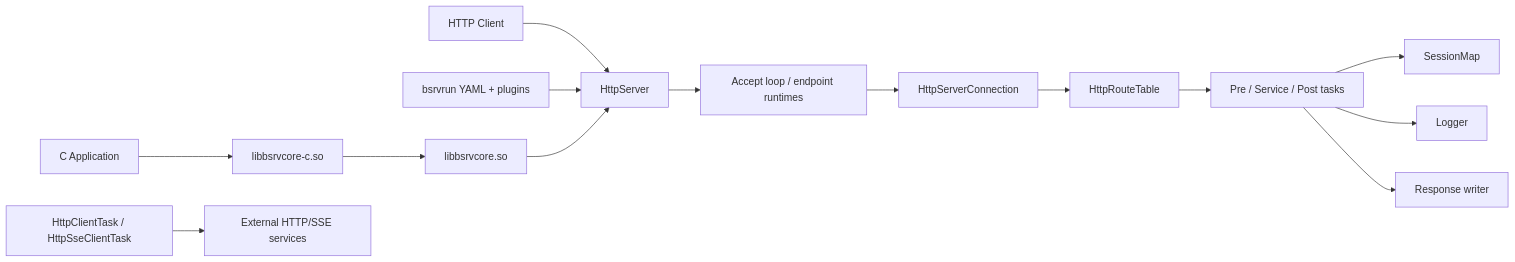
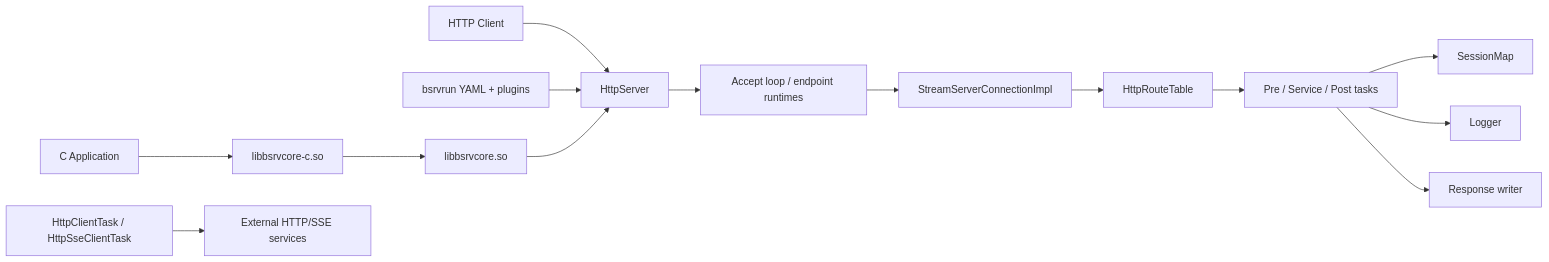
One commit to haomingbai/bsrvcore changed the diagram in docs/design/architecture-overview.md. Above: the diagram before and after it, drawn with Mermaid. The commit also changed other lines of this file and 183 other files, not shown here.

````diff
--- a/docs/design/architecture-overview.md
+++ b/docs/design/architecture-overview.md
@@ -25,16 +25,16 @@
 ```mermaid
 flowchart LR
     Client["HTTP Client"] --> Server["HttpServer"]
     CApp["C Application"] --> CAbi["libbsrvcore-c.so"]
     CAbi --> ServerLib["libbsrvcore.so"]
     Runtime["bsrvrun YAML + plugins"] --> Server
     ServerLib --> Server
     Server --> Accept["Accept loop / endpoint runtimes"]
-    Accept --> Conn["HttpServerConnection"]
+    Accept --> Conn["StreamServerConnectionImpl"]
     Conn --> Route["HttpRouteTable"]
     Route --> Tasks["Pre / Service / Post tasks"]
     Tasks --> Session["SessionMap"]
     Tasks --> Logger["Logger"]
     Tasks --> Response["Response writer"]
     ClientTasks["HttpClientTask / HttpSseClientTask"] --> External["External HTTP/SSE services"]
 ```
````
